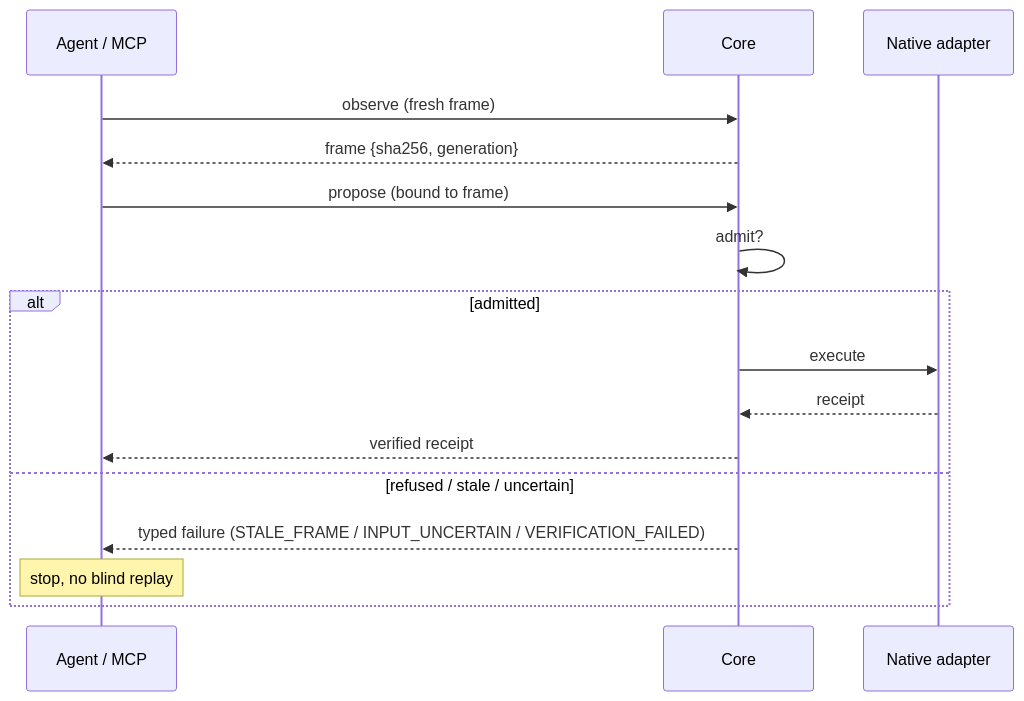
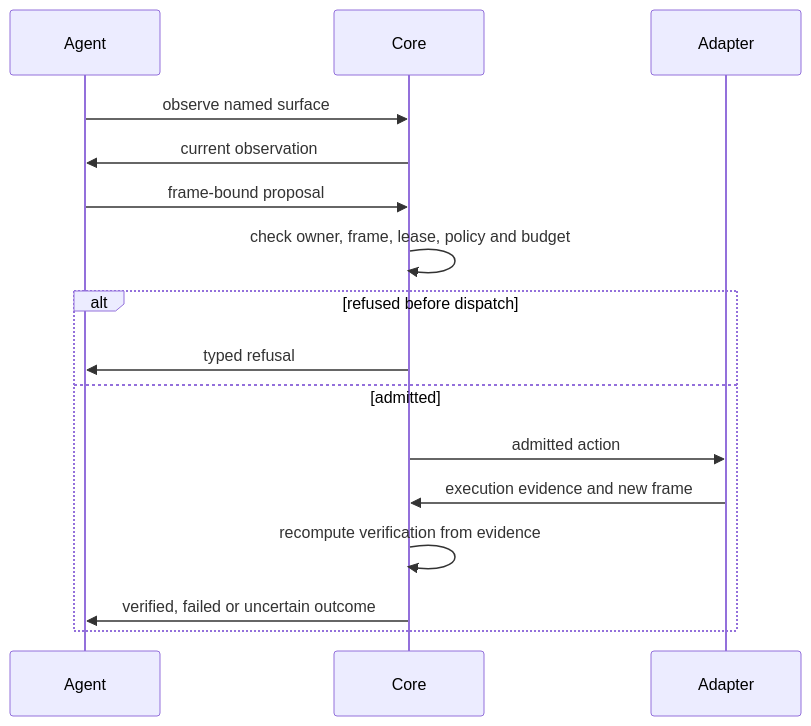
One commit to oguirado/ViewPoint changed the second of 2 diagrams in docs/ARCHITECTURE.md. Above: the diagram before and after it, drawn with Mermaid. The commit also changed other lines of this file and 8031 other files, not shown here.

````diff
--- a/docs/ARCHITECTURE.md
+++ b/docs/ARCHITECTURE.md
@@ -25,18 +190,18 @@
 ```mermaid
 sequenceDiagram
-    participant A as Agent / MCP
+    participant A as Agent
     participant C as Core
-    participant N as Native adapter
-    A->>C: observe (fresh frame)
-    C-->>A: frame {sha256, generation}
-    A->>C: propose (bound to frame)
-    C->>C: admit?
-    alt admitted
-        C->>N: execute
-        N-->>C: receipt
-        C-->>A: verified receipt
-    else refused / stale / uncertain
-        C-->>A: typed failure (STALE_FRAME / INPUT_UNCERTAIN / VERIFICATION_FAILED)
-        Note over A: stop, no blind replay
+    participant D as Adapter
+    A->>C: observe named surface
+    C->>A: current observation
+    A->>C: frame-bound proposal
+    C->>C: check owner, frame, lease, policy and budget
+    alt refused before dispatch
+        C->>A: typed refusal
+    else admitted
+        C->>D: admitted action
+        D->>C: execution evidence and new frame
+        C->>C: recompute verification from evidence
+        C->>A: verified, failed or uncertain outcome
     end
 ```
````
